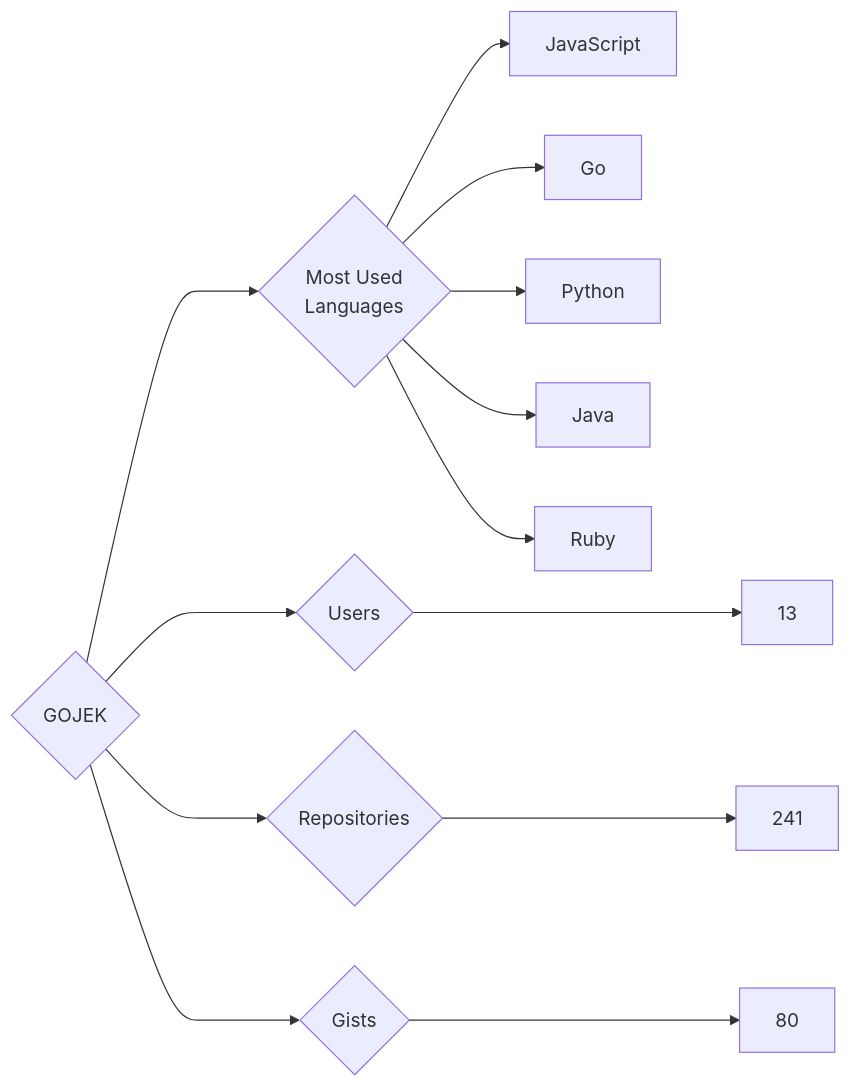
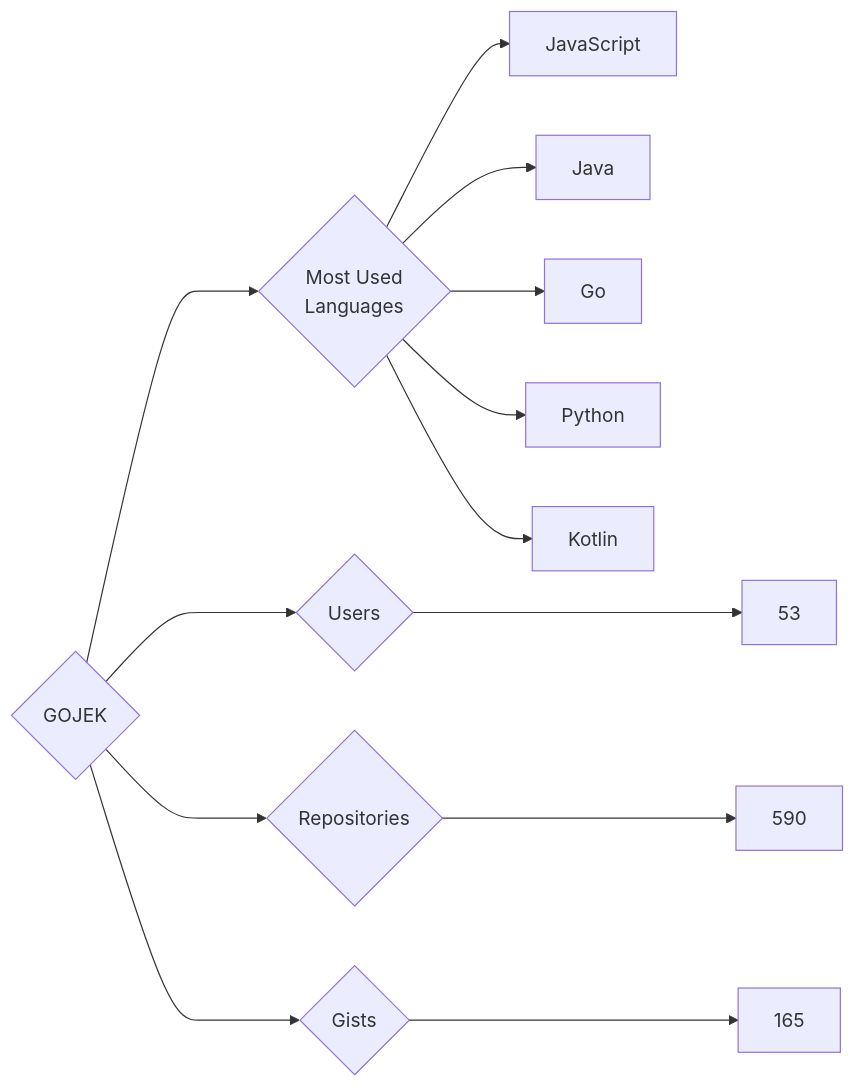
Before and after one commit to trickest/insiders: the diagram in targets/GOJEK/README.md, drawn with Mermaid. The commit also changed 826 other files, not shown here.

````diff
--- a/targets/GOJEK/README.md
+++ b/targets/GOJEK/README.md
@@ -3,13 +3,13 @@
 ```mermaid
 graph LR
 COMPANY_NAME{GOJEK}
-COMPANY_NAME ---> U{Users} ---> UN[13]
-COMPANY_NAME ---> R{Repositories} ---> RN[241]
-COMPANY_NAME ---> G{Gists} ---> GN[80]
+COMPANY_NAME ---> U{Users} ---> UN[53]
+COMPANY_NAME ---> R{Repositories} ---> RN[590]
+COMPANY_NAME ---> G{Gists} ---> GN[165]
 COMPANY_NAME ---> ML{Most Used<br>Languages}
 ML --> JavaScript[JavaScript]
+ML --> Java[Java]
 ML --> Go[Go]
 ML --> Python[Python]
-ML --> Java[Java]
-ML --> Ruby[Ruby]
+ML --> Kotlin[Kotlin]
 ```
````
